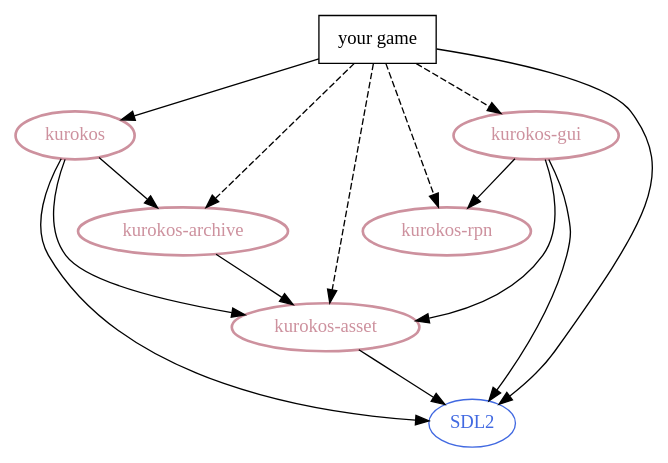
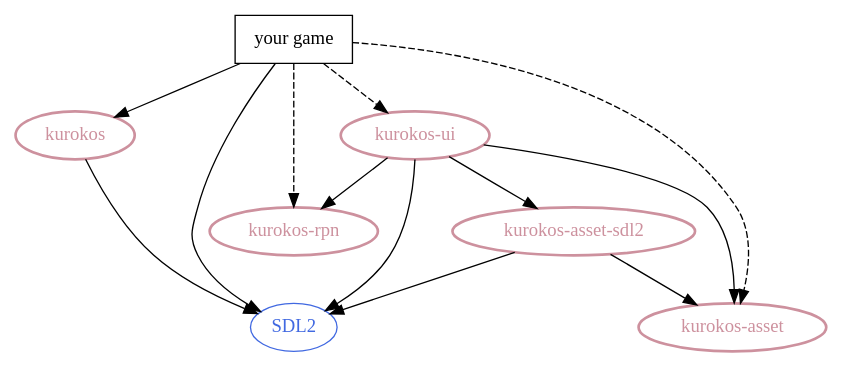
The diagram in doc/depend.gv (masatoko/kurokos), drawn with Graphviz before and after one commit. The commit also changed 4 other files, not shown here.

```diff
--- a/doc/depend.gv
+++ b/doc/depend.gv
@@ -1,29 +1,27 @@
 digraph {
   node [
     fontname = "Ubuntu",
   ]
 
   kurokos       [style = bold, color = pink3, fontcolor = pink3]
-  "kurokos-gui" [style = bold, color = pink3, fontcolor = pink3]
+  "kurokos-ui"  [style = bold, color = pink3, fontcolor = pink3]
   "kurokos-rpn" [style = bold, color = pink3, fontcolor = pink3]
   "kurokos-asset" [style = bold, color = pink3, fontcolor = pink3]
-  "kurokos-archive" [style = bold, color = pink3, fontcolor = pink3]
+  "kurokos-asset-sdl2" [style = bold, color = pink3, fontcolor = pink3]
   "your game"   [shape = box, color = black]
   SDL2          [color = royalblue, fontcolor = royalblue]
 
   "your game" -> kurokos
-  "your game" -> "kurokos-gui" [style = dashed]
+  "your game" -> "kurokos-ui" [style = dashed]
   "your game" -> "kurokos-rpn" [style = dashed]
   "your game" -> "kurokos-asset" [style = dashed]
-  "your game" -> "kurokos-archive" [style = dashed]
   "your game" -> SDL2
 
   kurokos -> SDL2
-  kurokos -> "kurokos-asset"
-  kurokos -> "kurokos-archive"
-  "kurokos-asset" -> SDL2
-  "kurokos-archive" -> "kurokos-asset"
-  "kurokos-gui" -> "kurokos-rpn"
-  "kurokos-gui" -> "kurokos-asset"
-  "kurokos-gui" -> SDL2
+  "kurokos-asset-sdl2" -> "kurokos-asset"
+  "kurokos-asset-sdl2" -> SDL2
+  "kurokos-ui" -> "kurokos-rpn"
+  "kurokos-ui" -> "kurokos-asset"
+  "kurokos-ui" -> "kurokos-asset-sdl2"
+  "kurokos-ui" -> SDL2
 }
```
